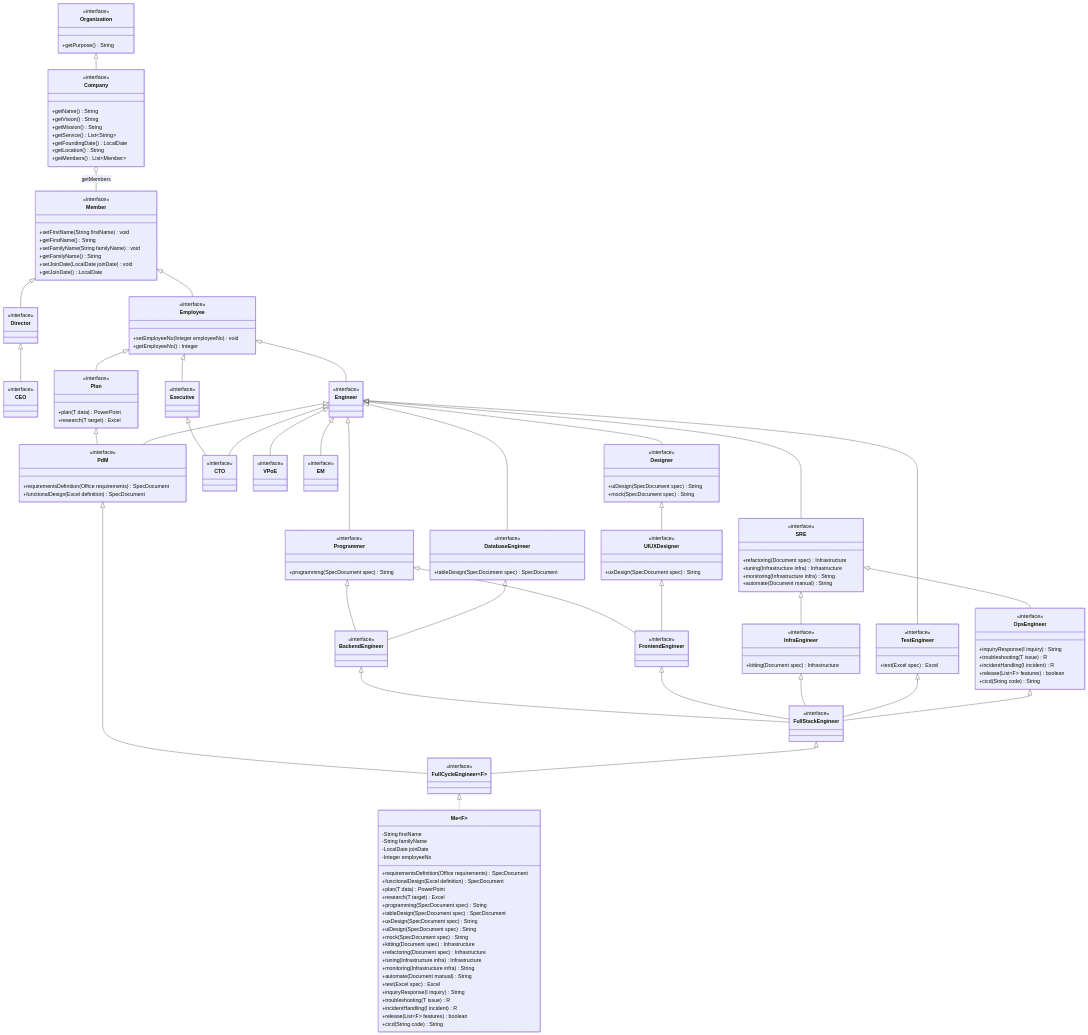
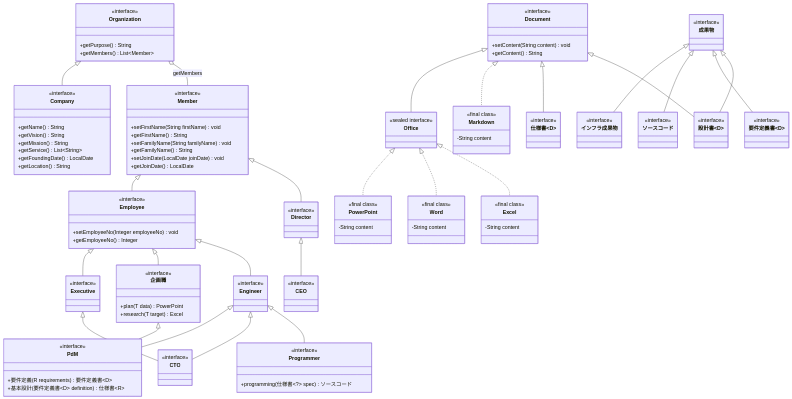
The first of 2 diagrams in README.md (gn5r/company), drawn with Mermaid before and after one commit. The commit also changed other lines of this file and 71 other files, not shown here.

First line of the commit message:
feat: Introduce organization roles and structure

````diff
--- a/README.md
+++ b/README.md
@@ -8,6 +8,7 @@
     class Organization {
         <<interface>>
         +getPurpose() String
+        +getMembers() List~Member~
     }
 
     class Company {
@@ -18,7 +19,6 @@
         +getService() List~String~
         +getFoundingDate() LocalDate
         +getLocation() String
-        +getMembers() List~Member~
     }
 
     class Member {
@@ -38,10 +38,10 @@
     }
 
     Organization <|-- Company
-    Company o-- Member : getMembers
+    Organization o-- Member : getMembers
     Member <|-- Employee
 
-    %% ==================== Roles: Core & Top ====================
+    %% ==================== Roles: Core & Business & Technology ====================
     class Director {
         <<interface>>
     }
@@ -54,12 +54,7 @@
         <<interface>>
     }
 
-    Member <|-- Director
-    Director <|-- CEO
-    Employee <|-- Executive
-
-    %% ==================== Roles: Business ====================
-    class Plan {
+    class 企画職 {
         <<interface>>
         +plan(T data) PowerPoint
         +research(T target) Excel
@@ -67,14 +62,10 @@
 
     class PdM {
         <<interface>>
-        +requirementsDefinition(Office requirements) SpecDocument
-        +functionalDesign(Excel definition) SpecDocument
+        +要件定義(R requirements) 要件定義書~D~
+        +基本設計(要件定義書~D~ definition) 仕様書~R~
     }
 
-    Employee <|-- Plan
-    Plan <|-- PdM
-
-    %% ==================== Roles: Technology / Engineer ====================
     class Engineer {
         <<interface>>
     }
@@ -83,135 +74,87 @@
         <<interface>>
     }
 
-    class VPoE {
+    class Programmer {
+        <<interface>>
+        +programming(仕様書~?~ spec) ソースコード
+    }
+
+    Member <|-- Director
+    Director <|-- CEO
+    Employee <|-- Executive
+    Employee <|-- 企画職
+    Employee <|-- Engineer
+    企画職 <|-- PdM
+    Engineer <|-- PdM
+    Executive <|-- CTO
+    Engineer <|-- CTO
+    Engineer <|-- Programmer
+
+    %% ==================== Document & Artifacts ====================
+    class Document {
+        <<interface>>
+        +setContent(String content) void
+        +getContent() String
+    }
+
+    class Office {
+        <<sealed interface>>
+    }
+
+    class PowerPoint {
+        <<final class>>
+        -String content
+    }
+
+    class Word {
+        <<final class>>
+        -String content
+    }
+
+    class Excel {
+        <<final class>>
+        -String content
+    }
+
+    class Markdown {
+        <<final class>>
+        -String content
+    }
+
+    class 成果物 {
         <<interface>>
     }
 
-    class EM {
+    class インフラ成果物 {
         <<interface>>
     }
 
-    class Programmer {
-        <<interface>>
-        +programming(SpecDocument spec) String
-    }
-
-    class DatabaseEngineer {
-        <<interface>>
-        +tableDesign(SpecDocument spec) SpecDocument
-    }
-
-    class Designer {
-        <<interface>>
-        +uiDesign(SpecDocument spec) String
-        +mock(SpecDocument spec) String
-    }
-
-    class UIUXDesigner {
-        <<interface>>
-        +uxDesign(SpecDocument spec) String
-    }
-
-    class SRE {
-        <<interface>>
-        +refactoring(Document spec) Infrastructure
-        +tuning(Infrastructure infra) Infrastructure
-        +monitoring(Infrastructure infra) String
-        +automate(Document manual) String
-    }
-
-    class InfraEngineer {
-        <<interface>>
-        +kitting(Document spec) Infrastructure
-    }
-
-    class OpsEngineer {
-        <<interface>>
-        +inquiryResponse(I inquiry) String
-        +troubleshooting(T issue) R
-        +incidentHandling(I incident) R
-        +release(List~F~ features) boolean
-        +cicd(String code) String
-    }
-
-    class TestEngineer {
-        <<interface>>
-        +test(Excel spec) Excel
-    }
-
-    class BackendEngineer {
+    class ソースコード {
         <<interface>>
     }
 
-    class FrontendEngineer {
+    class 要件定義書~D~ {
         <<interface>>
     }
 
-    class FullStackEngineer {
+    class 仕様書~D~ {
         <<interface>>
     }
 
-    class FullCycleEngineer~F~ {
+    class 設計書~D~ {
         <<interface>>
     }
 
-    class Me~F~ {
-        -String firstName
-        -String familyName
-        -LocalDate joinDate
-        -Integer employeeNo
-        +requirementsDefinition(Office requirements) SpecDocument
-        +functionalDesign(Excel definition) SpecDocument
-        +plan(T data) PowerPoint
-        +research(T target) Excel
-        +programming(SpecDocument spec) String
-        +tableDesign(SpecDocument spec) SpecDocument
-        +uxDesign(SpecDocument spec) String
-        +uiDesign(SpecDocument spec) String
-        +mock(SpecDocument spec) String
-        +kitting(Document spec) Infrastructure
-        +refactoring(Document spec) Infrastructure
-        +tuning(Infrastructure infra) Infrastructure
-        +monitoring(Infrastructure infra) String
-        +automate(Document manual) String
-        +test(Excel spec) Excel
-        +inquiryResponse(I inquiry) String
-        +troubleshooting(T issue) R
-        +incidentHandling(I incident) R
-        +release(List~F~ features) boolean
-        +cicd(String code) String
-    }
+    Document <|-- Office
+    Office <|.. PowerPoint
+    Office <|.. Word
+    Office <|.. Excel
+    Document <|.. Markdown
 
-    Employee <|-- Engineer
-    Executive <|-- CTO
-    Engineer <|-- CTO
-    Engineer <|-- VPoE
-    Engineer <|-- EM
-    Engineer <|-- PdM
-    Engineer <|-- Programmer
-    Engineer <|-- DatabaseEngineer
-    Engineer <|-- Designer
-    Engineer <|-- SRE
-    Engineer <|-- TestEngineer
-
-    Designer <|-- UIUXDesigner
-
-    Programmer <|-- BackendEngineer
-    DatabaseEngineer <|-- BackendEngineer
-
-    Programmer <|-- FrontendEngineer
-    UIUXDesigner <|-- FrontendEngineer
-
-    SRE <|-- InfraEngineer
-    SRE <|-- OpsEngineer
-
-    BackendEngineer <|-- FullStackEngineer
-    FrontendEngineer <|-- FullStackEngineer
-    InfraEngineer <|-- FullStackEngineer
-    TestEngineer <|-- FullStackEngineer
-    OpsEngineer <|-- FullStackEngineer
-
-    PdM <|-- FullCycleEngineer
-    FullStackEngineer <|-- FullCycleEngineer
-    FullCycleEngineer <|.. Me
+    Document <|-- 仕様書
+    Document <|-- 設計書
+    成果物 <|-- インフラ成果物
+    成果物 <|-- ソースコード
+    成果物 <|-- 要件定義書
+    成果物 <|-- 設計書
 ```
````
